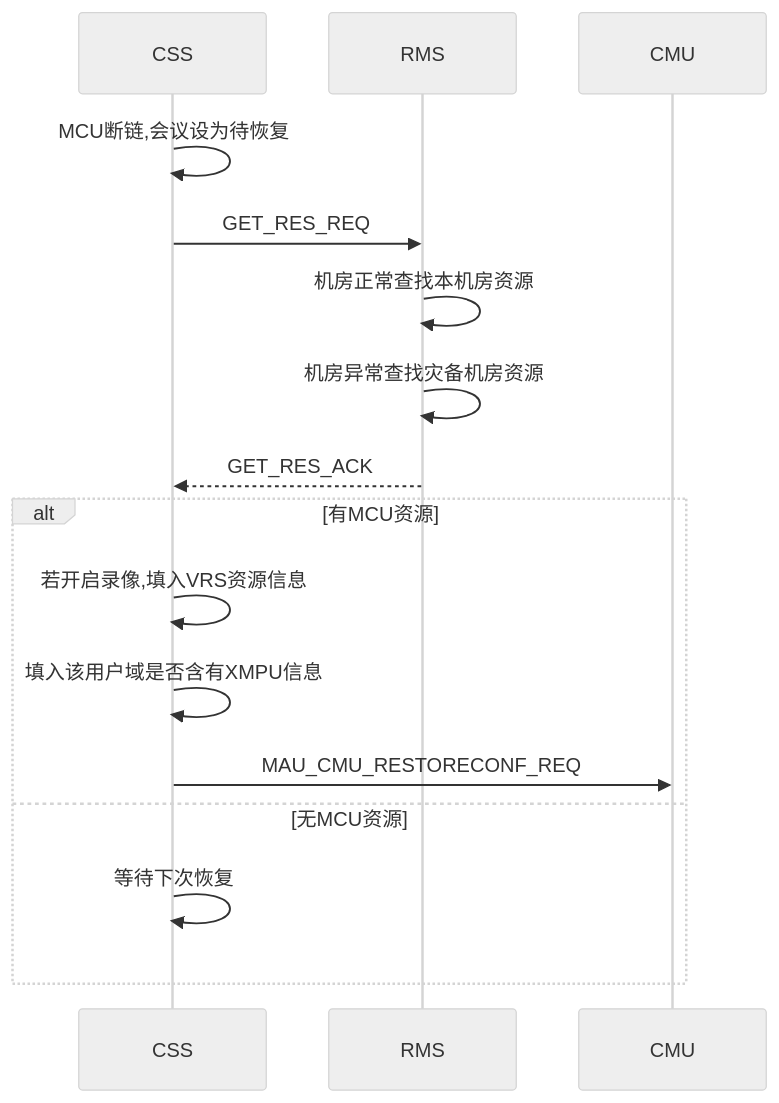
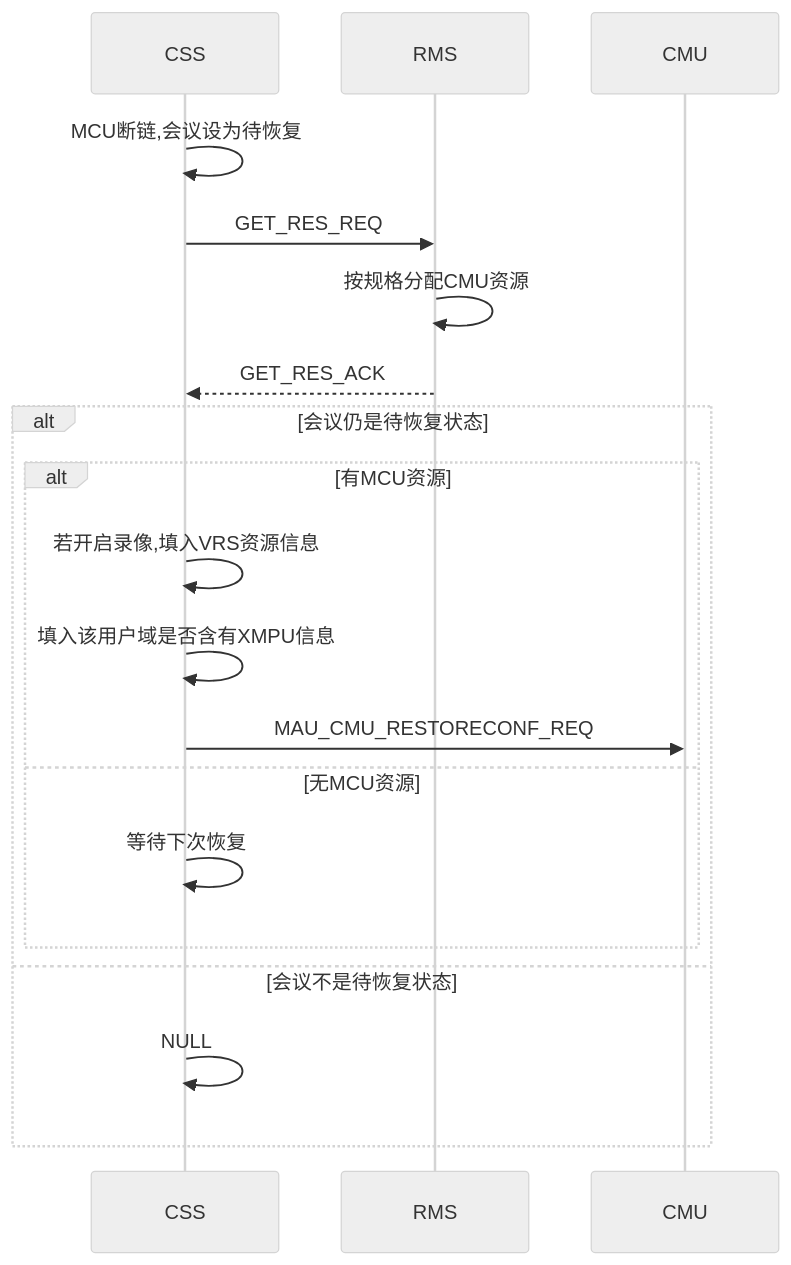
Before and after one commit to github188/w_doc: the second of 5 diagrams in x需求_/5.1sp4css/5.1sp4css概要设计.md, drawn with Mermaid (neutral theme). The commit also changed other lines of this file and 2 other files, not shown here.

````diff
--- a/x需求_/5.1sp4css/5.1sp4css概要设计.md
+++ b/x需求_/5.1sp4css/5.1sp4css概要设计.md
@@ -31,15 +30,19 @@
 ```mermaid
 sequenceDiagram
 CSS->>CSS: MCU断链,会议设为待恢复
 CSS->>RMS: GET_RES_REQ
-RMS->>RMS: 机房正常查找本机房资源
-RMS->>RMS: 机房异常查找灾备机房资源
+RMS->>RMS: 按规格分配CMU资源
 RMS-->>CSS: GET_RES_ACK
-alt 有MCU资源
-CSS->>CSS: 若开启录像,填入VRS资源信息
-CSS->>CSS: 填入该用户域是否含有XMPU信息
-CSS->>CMU: MAU_CMU_RESTORECONF_REQ
-else 无MCU资源
-CSS->>CSS: 等待下次恢复
+alt 会议仍是待恢复状态
+	alt 有MCU资源
+	CSS->>CSS: 若开启录像,填入VRS资源信息
+	CSS->>CSS: 填入该用户域是否含有XMPU信息
+	CSS->>CMU: MAU_CMU_RESTORECONF_REQ
+	else 无MCU资源
+	CSS->>CSS: 等待下次恢复
+	end
+else 会议不是待恢复状态
+	CSS->>CSS: NULL
 end
+
 ```
````
